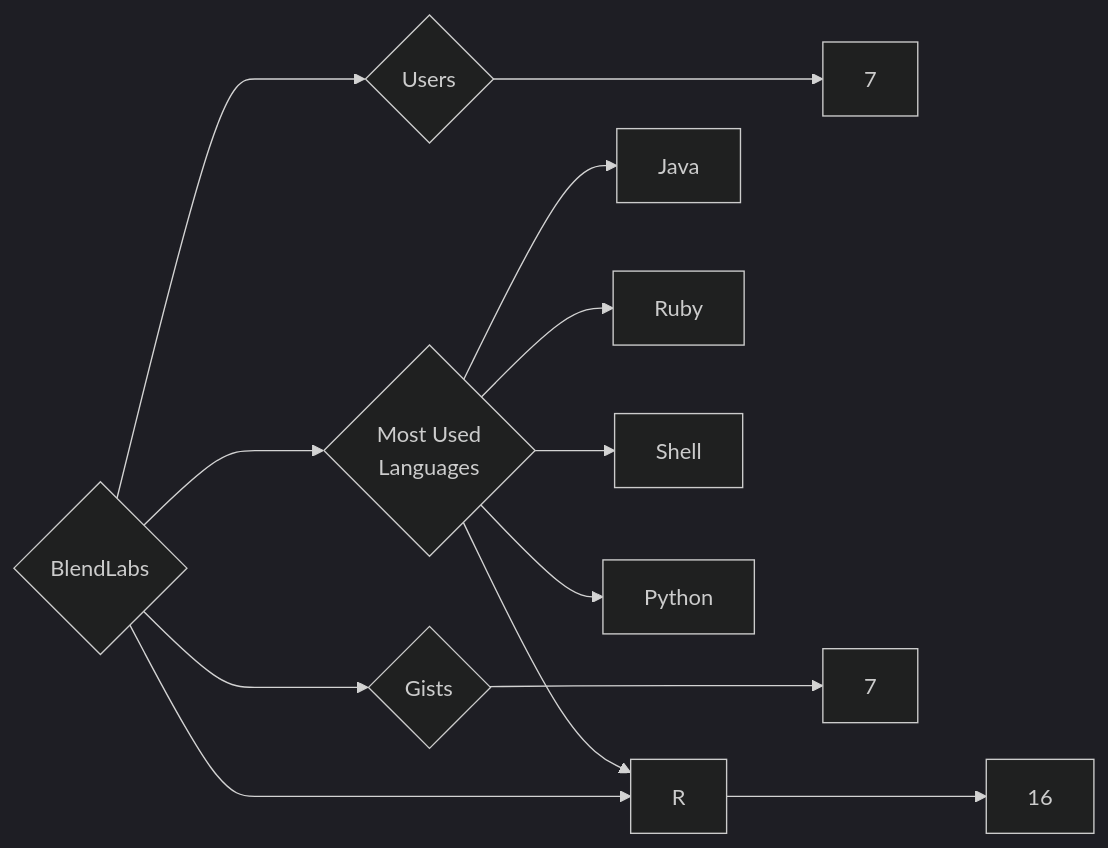
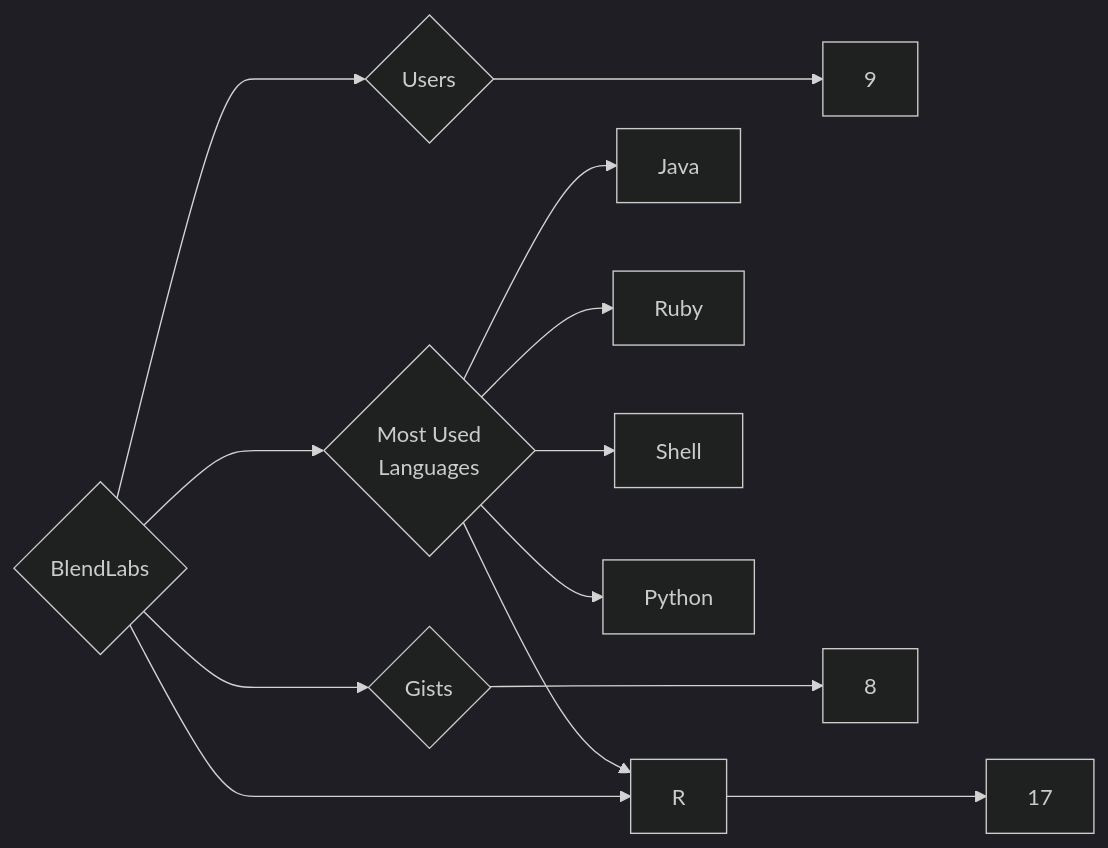
The diagram in targets/BlendLabs/README.md (trickest/insiders), drawn with Mermaid (dark theme) before and after one commit. The commit also changed 1166 other files, not shown here.

````diff
--- a/targets/BlendLabs/README.md
+++ b/targets/BlendLabs/README.md
@@ -3,13 +3,13 @@
 ```mermaid
 graph LR
 COMPANY_NAME{BlendLabs}
-COMPANY_NAME ---> U{Users} ---> UN[7]
-COMPANY_NAME ---> R{Repositories} ---> RN[16]
-COMPANY_NAME ---> G{Gists} ---> GN[7]
+COMPANY_NAME ---> U{Users} ---> UN[9]
+COMPANY_NAME ---> R{Repositories} ---> RN[17]
+COMPANY_NAME ---> G{Gists} ---> GN[8]
 COMPANY_NAME ---> ML{Most Used<br>Languages}
 ML --> Java[Java]
 ML --> Ruby[Ruby]
 ML --> Shell[Shell]
 ML --> R[R]
 ML --> Python[Python]
 ```
````
